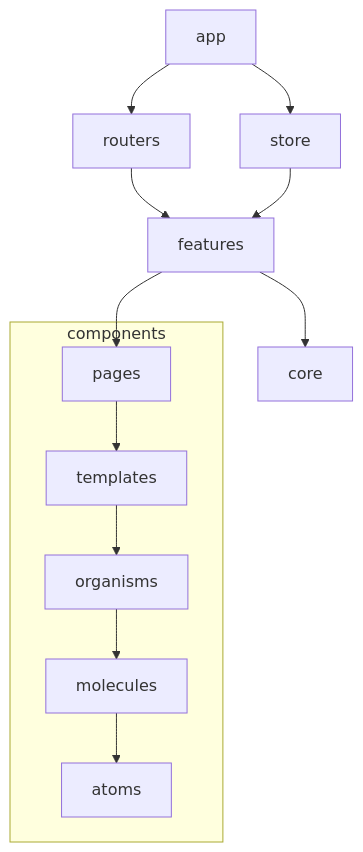
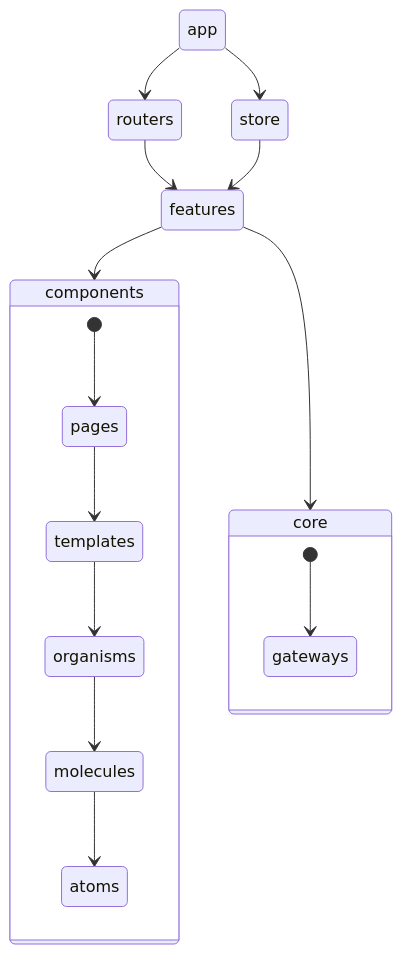
One commit to yamagame/react-typescript-starter-app changed the diagram in MERMAID.md. Above: the diagram before and after it, drawn with Mermaid.

Commit message:
stateDiagramに変更

````diff
--- a/MERMAID.md
+++ b/MERMAID.md
@@ -1,15 +1,20 @@
 ```mermaid
-graph TD;
+stateDiagram
   app --> store
   app --> routers
   routers --> features
   store --> features
-  subgraph components
+  state components {
+    [*] --> pages
     pages --> templates
     templates --> organisms
     organisms --> molecules
     molecules --> atoms
-  end
-  features --> pages
+  }
+  features --> components
   features --> core
+  state core {
+    [*] --> gateways
+    gateways
+  }
 ```
````
